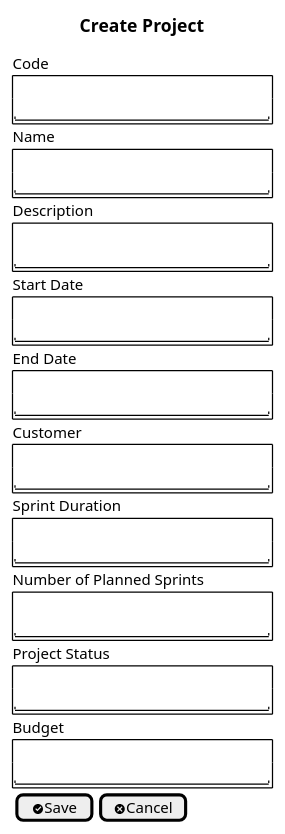
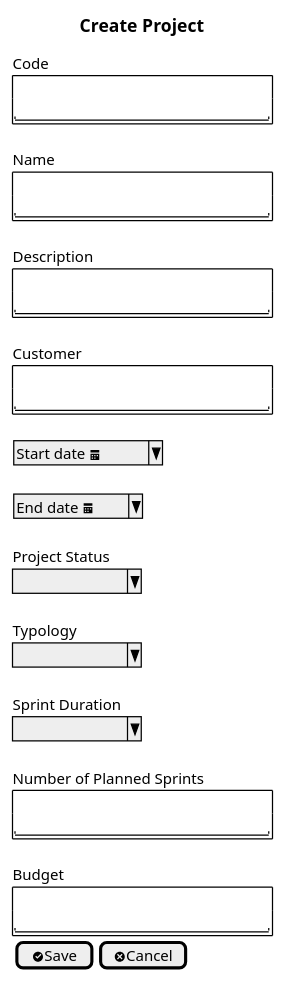
The diagram in docs/modelling_design/user_stories/us023/US023_CreateProjectWebUI_Mockup.puml (ivo-menezes/project_g3), drawn with PlantUML before and after one commit.

Commit message:
US023: Design : Mockup (Update) (Addresses #88)

```diff
--- a/docs/modelling_design/user_stories/us023/US023_CreateProjectWebUI_Mockup.puml
+++ b/docs/modelling_design/user_stories/us023/US023_CreateProjectWebUI_Mockup.puml
@@ -1,65 +1,64 @@
 @startsalt
 {
 
 title Create Project
 Code
 {+
    .
    "                         "
 }
+.
 Name
 {+
    .
    "                         "
 }
+.
 Description
 {+
    .
    "                         "
 }
-Start Date
-{+
-   .
-   "                         "
-}
-End Date
-{+
-   .
-   "                         "
-}
+.
 Customer
 {+
    .
    "                         "
 }
+.
+{ ^Start date <&calendar>^}
+
+.
+{ ^End date <&calendar>^}
+.
+Project Status
+^           ^
+.
+Typology
+^           ^
+.
 Sprint Duration
-{+
-   .
-   "                         "
-}
+^           ^
+.
 Number of Planned Sprints
 {+
    .
    "                         "
 }
-Project Status
-{+
-   .
-   "                         "
-}
+.
 Budget
 {+
    .
    "                         "
 }
 
 {  [<&circle-check>Save ] |
 [<&circle-x>Cancel]}
 
 
 }
 
 
 
 
 @endsalt
```
